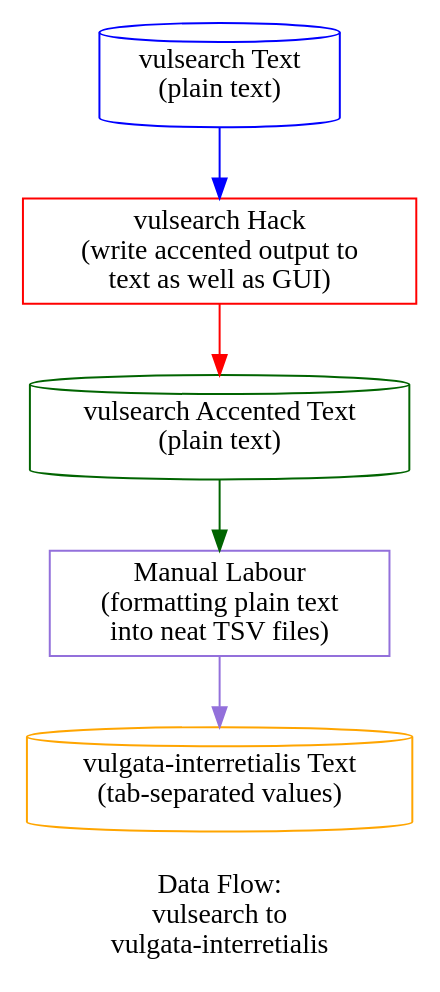
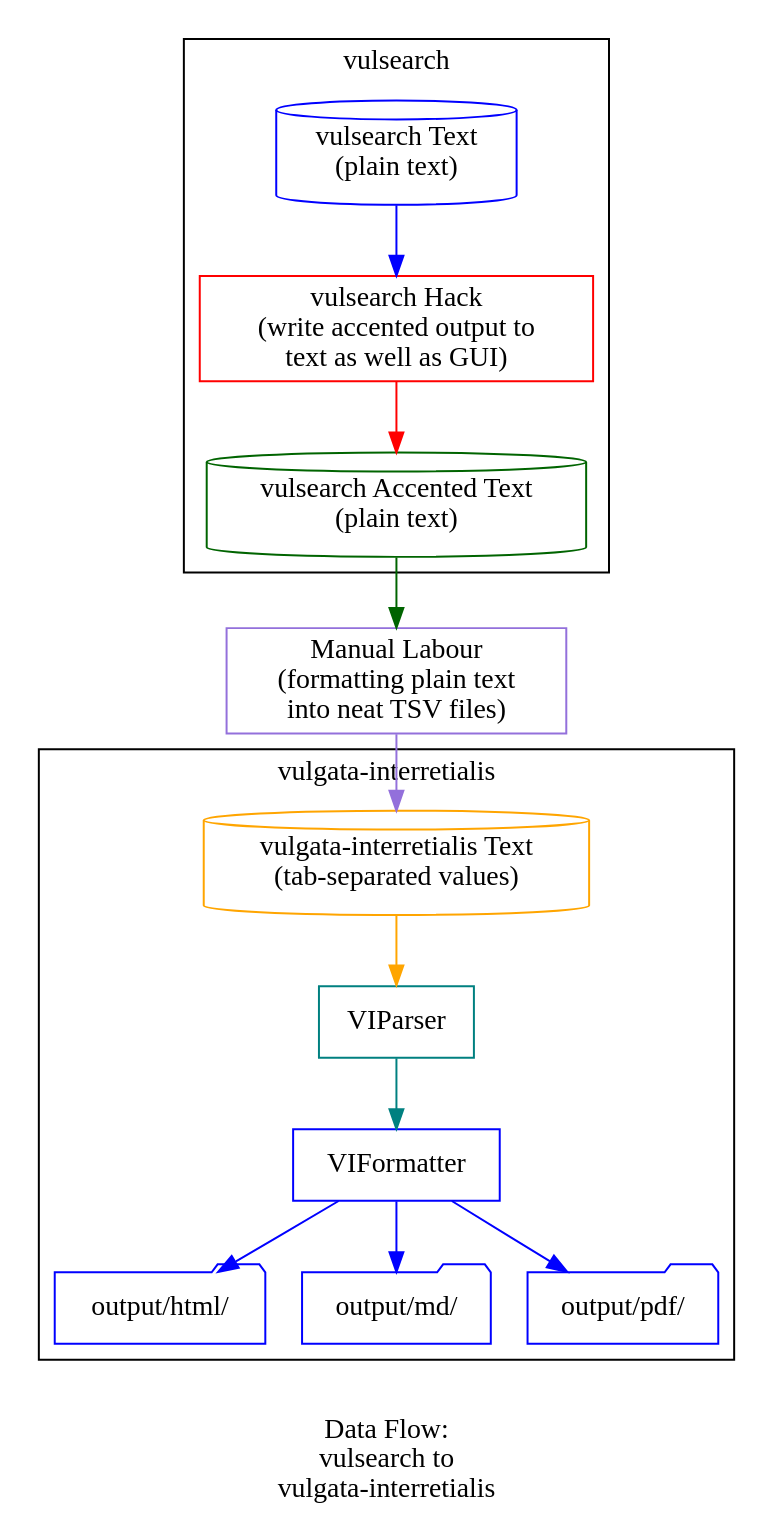
The diagram in static/design/data-transforms.dot (salvador-workshop/vulgata-interretialis), drawn with Graphviz before and after one commit. The commit also changed 2 other files, not shown here.

```diff
--- a/static/design/data-transforms.dot
+++ b/static/design/data-transforms.dot
@@ -1,15 +1,35 @@
 digraph {
     label = "\nData Flow:\nvulsearch to \nvulgata-interretialis";
     node [shape = box;];
     
-    vulsearchText -> vulsearchHack [color = blue;];
-    vulsearchHack -> vulsearchAccentedText [color = red;];
+    subgraph cluster_0 {
+        label = "vulsearch";
+        vulsearchText -> vulsearchHack [color = blue;];
+        vulsearchHack -> vulsearchAccentedText [color = red;];
+    }
+    
     vulsearchAccentedText -> manualLabour [color = darkgreen;];
     manualLabour -> vulgataInterretialisText [color = mediumpurple;];
     
-    vulsearchText [label = "vulsearch Text\n(plain text)";shape = cylinder;color=blue;];
-    vulsearchHack [label = "vulsearch Hack\n(write accented output to\ntext as well as GUI)";color=red;];
-    vulsearchAccentedText [label = "vulsearch Accented Text\n(plain text)";shape = cylinder;color=darkgreen;];
-    manualLabour [label = "Manual Labour\n(formatting plain text\ninto neat TSV files)";color=mediumpurple;];
-    vulgataInterretialisText [label = "vulgata-interretialis Text\n(tab-separated values)";shape = cylinder;color=orange;];
+    subgraph cluster_1 {
+        label = "vulgata-interretialis";
+        vulgataInterretialisText -> viParser [color = orange;];
+        viParser -> viFormatter [color = teal;];
+        viFormatter -> outputHtml [color = blue;];
+        viFormatter -> outputMarkdown [color = blue;];
+        viFormatter -> outputPdf [color = blue;];
+    }
+
+    vulsearchText [label = "vulsearch Text\n(plain text)";shape = cylinder;color = blue;];
+    vulsearchHack [label = "vulsearch Hack\n(write accented output to\ntext as well as GUI)";color = red;];
+    vulsearchAccentedText [label = "vulsearch Accented Text\n(plain text)";shape = cylinder;color = darkgreen;];
+    
+    manualLabour [label = "Manual Labour\n(formatting plain text\ninto neat TSV files)";color = mediumpurple;];
+    vulgataInterretialisText [label = "vulgata-interretialis Text\n(tab-separated values)";shape = cylinder;color = orange;];
+    viParser [label = "VIParser";color = teal;];
+    viFormatter [label = "VIFormatter";color = blue;];
+    
+    outputHtml [shape=folder;label = "output/html/";color = blue;];
+    outputMarkdown [shape=folder;label = "output/md/";color = blue;];
+    outputPdf [shape=folder;label = "output/pdf/";color = blue;];
 }
```
